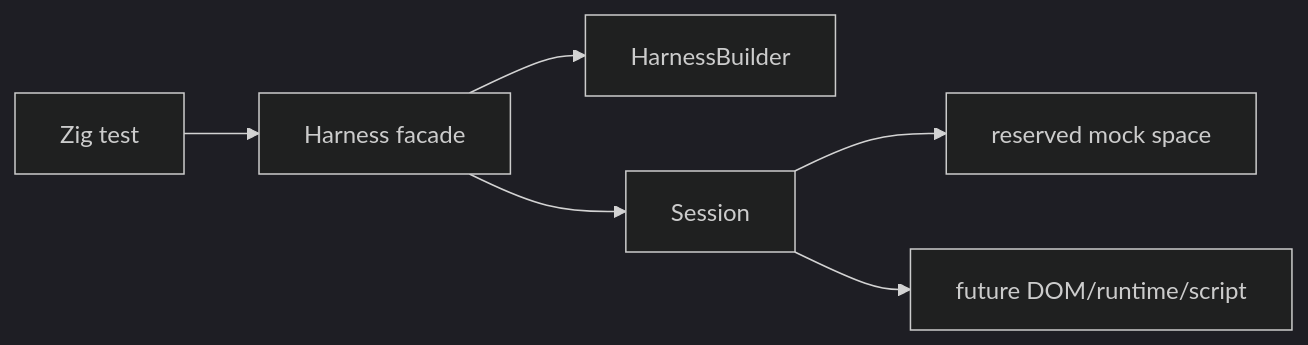
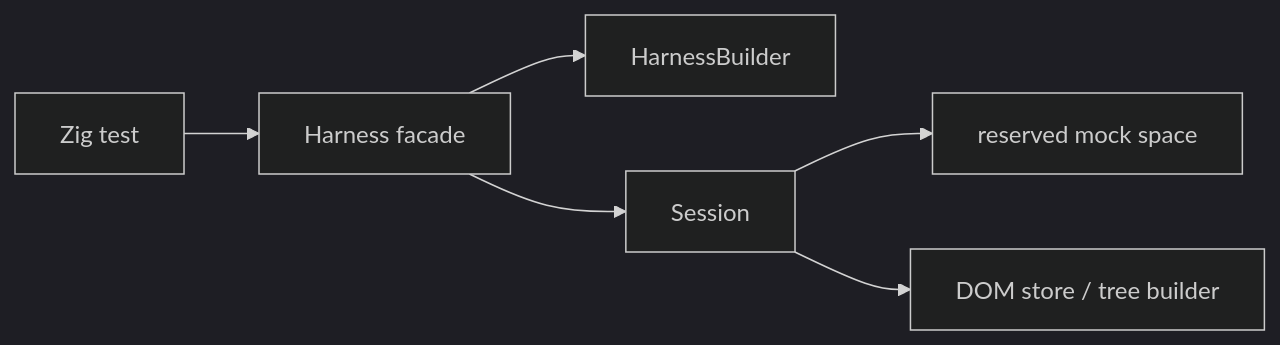
One commit to finitefield-org/browser-tester changed the diagram in zig/doc/architecture.md. Above: the diagram before and after it, drawn with Mermaid (dark theme). The commit also changed other lines of this file and 25 other files, not shown here.

````diff
--- a/zig/doc/architecture.md
+++ b/zig/doc/architecture.md
@@ -64,8 +65,8 @@
 ```mermaid
 flowchart LR
   T["Zig test"] --> H["Harness facade"]
   H --> B["HarnessBuilder"]
   H --> S["Session"]
   S --> M["reserved mock space"]
-  S --> D["future DOM/runtime/script"]
+  S --> D["DOM store / tree builder"]
 ```
````
